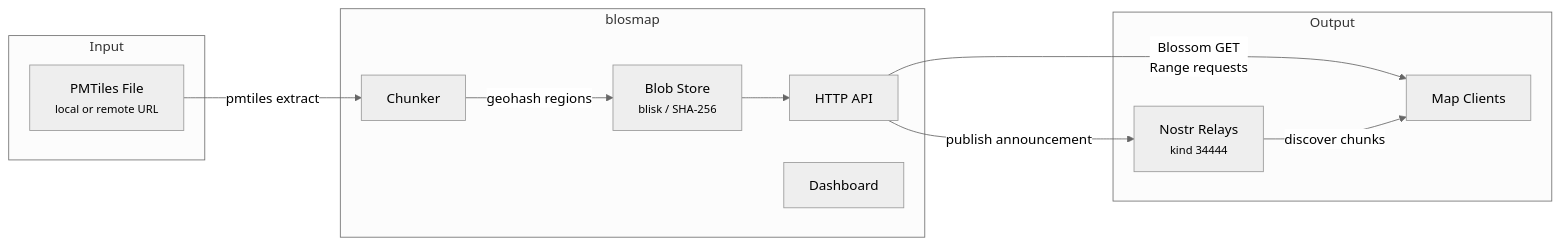
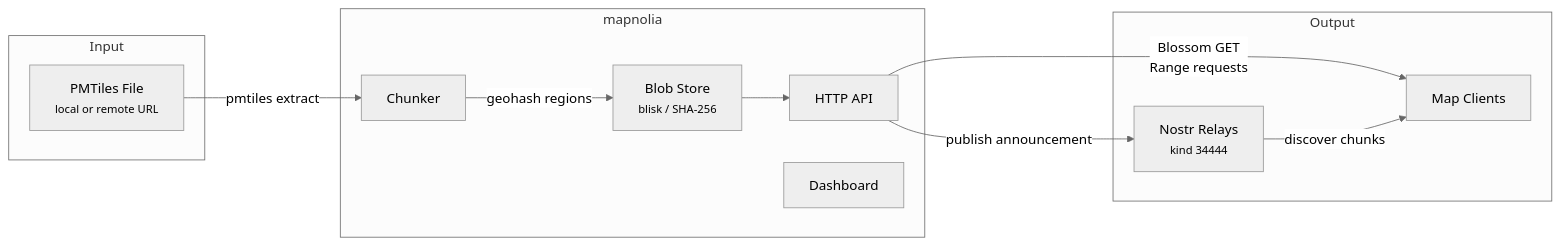
One commit to zeSchlausKwab/mapnolia changed the first of 4 diagrams in README.md. Above: the diagram before and after it, drawn with Mermaid (neutral theme). The commit also changed other lines of this file and 16 other files, not shown here.

````diff
--- a/README.md
+++ b/README.md
@@ -7,25 +7,25 @@
 ```mermaid
 flowchart LR
     subgraph Input
         PM[PMTiles File<br/><small>local or remote URL</small>]
     end
 
-    subgraph blosmap
+    subgraph mapnolia
         CH[Chunker]
         BS[Blob Store<br/><small>blisk / SHA-256</small>]
         API[HTTP API]
         DB[Dashboard]
     end
 
     subgraph Output
         CL[Map Clients]
         NR[Nostr Relays<br/><small>kind 34444</small>]
     end
 
     PM -->|pmtiles extract| CH
     CH -->|geohash regions| BS
     BS --> API
     API -->|Blossom GET<br/>Range requests| CL
     API -->|publish announcement| NR
     NR -->|discover chunks| CL
 ```
````
